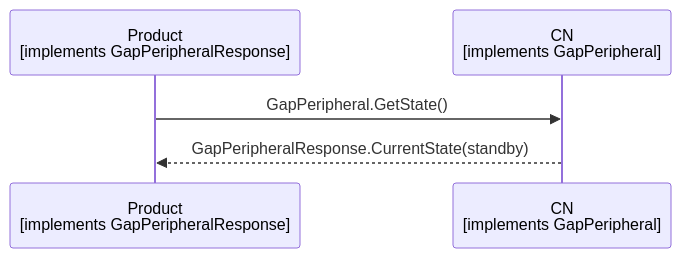
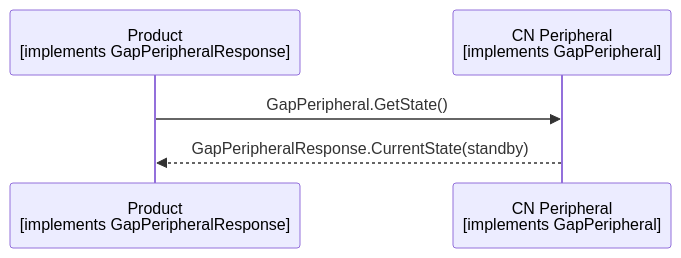
The diagram in documents/modules/ROOT/partials/echoservices/gap_peripheral/GapPeripheral_GetState_sequence.mmd (philips-software/amp-embedded-infra-lib), drawn with Mermaid before and after one commit. The commit also changed 32 other files, not shown here.

Commit message:
resolve issues with sequence diagrams

```diff
--- a/documents/modules/ROOT/partials/echoservices/gap_peripheral/GapPeripheral_GetState_sequence.mmd
+++ b/documents/modules/ROOT/partials/echoservices/gap_peripheral/GapPeripheral_GetState_sequence.mmd
@@ -1,5 +1,5 @@
 sequenceDiagram
     participant Product as Product<br>[implements GapPeripheralResponse]
-    participant CN as CN<br>[implements GapPeripheral]
+    participant CN as CN Peripheral<br>[implements GapPeripheral]
     Product->>CN: GapPeripheral.GetState()
     CN-->>Product: GapPeripheralResponse.CurrentState(standby)
```
